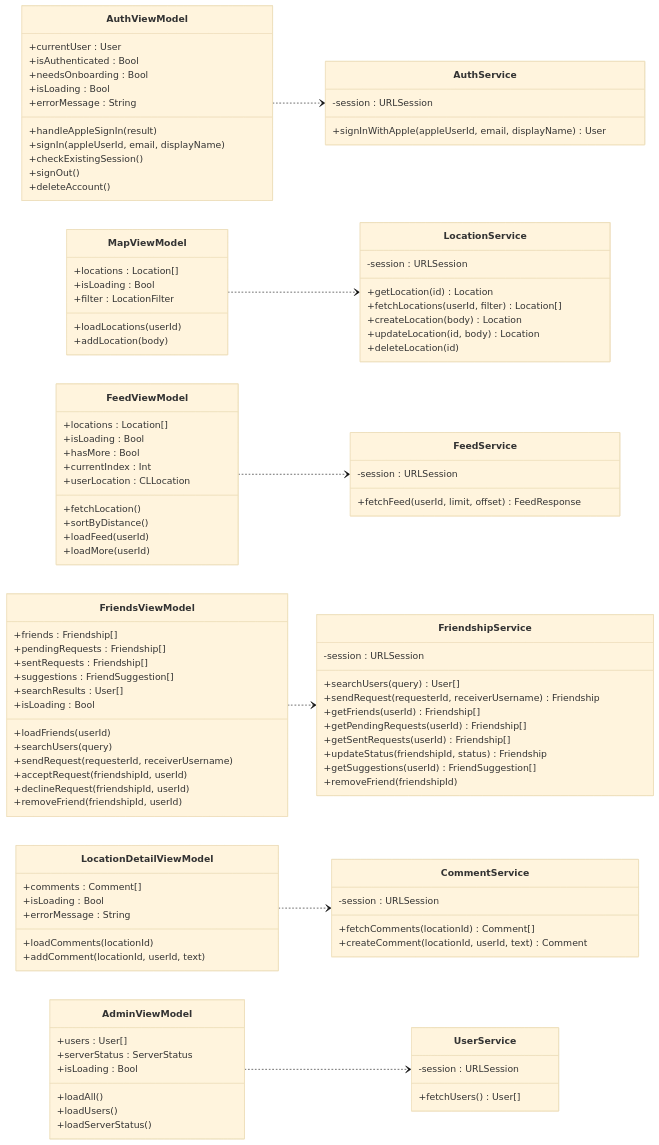
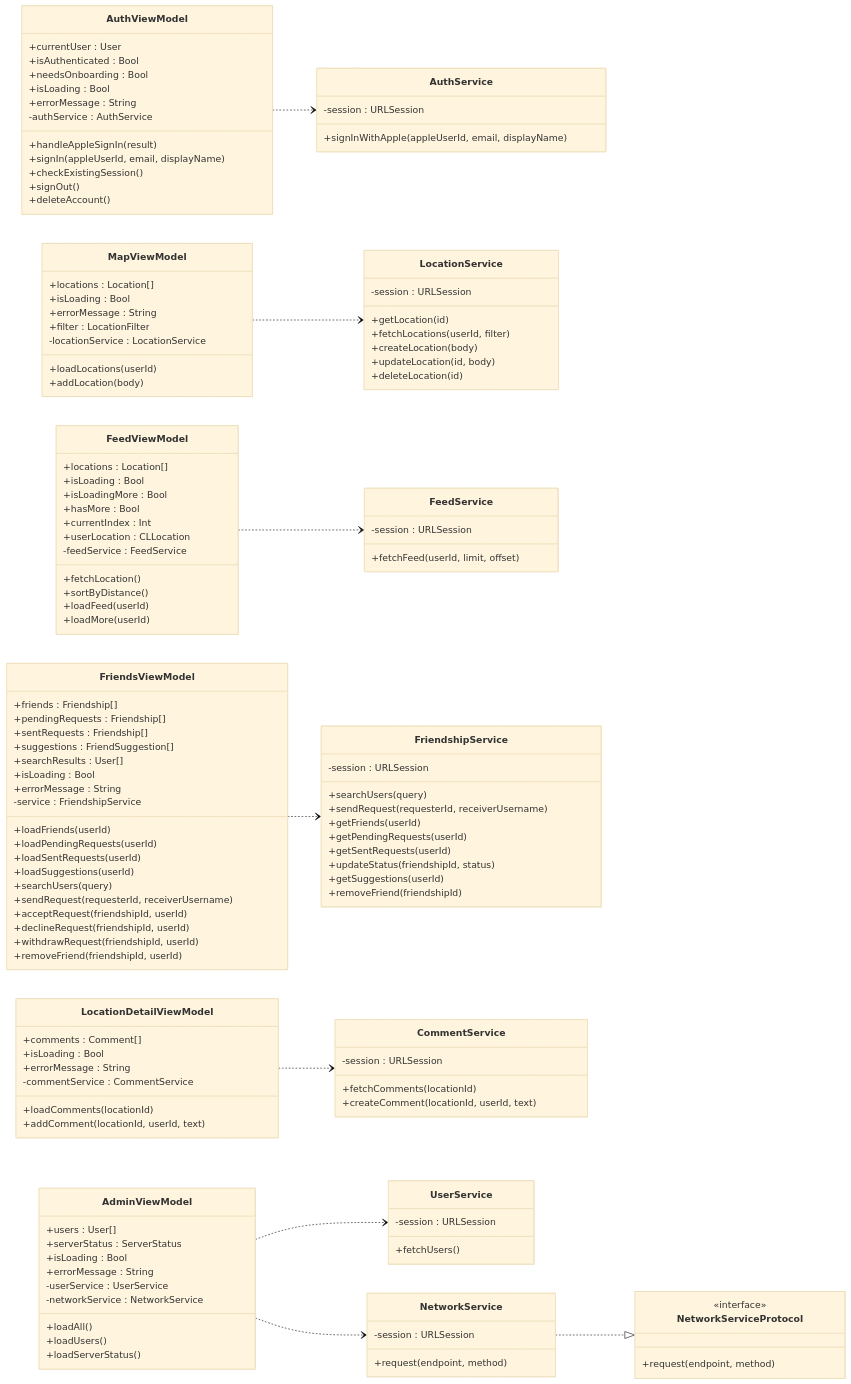
Before and after one commit to Bebin29/sidequest: the first of 3 diagrams in docs/software/klassendiagramm.md, drawn with Mermaid (base theme). The commit also changed other lines of this file and 14 other files, not shown here.

Commit message:
refactor: Remove dead code, add UML diagrams (class, use-case, sequence)

````diff
--- a/docs/software/klassendiagramm.md
+++ b/docs/software/klassendiagramm.md
@@ -203,6 +12,7 @@
         +needsOnboarding : Bool
         +isLoading : Bool
         +errorMessage : String
+        -authService : AuthService
         +handleAppleSignIn(result)
         +signIn(appleUserId, email, displayName)
         +checkExistingSession()
@@ -212,32 +22,36 @@
 
     class AuthService {
         -session : URLSession
-        +signInWithApple(appleUserId, email, displayName) User
+        +signInWithApple(appleUserId, email, displayName)
     }
 
     class MapViewModel {
         +locations : Location[]
         +isLoading : Bool
+        +errorMessage : String
         +filter : LocationFilter
+        -locationService : LocationService
         +loadLocations(userId)
         +addLocation(body)
     }
 
     class LocationService {
         -session : URLSession
-        +getLocation(id) Location
-        +fetchLocations(userId, filter) Location[]
-        +createLocation(body) Location
-        +updateLocation(id, body) Location
+        +getLocation(id)
+        +fetchLocations(userId, filter)
+        +createLocation(body)
+        +updateLocation(id, body)
         +deleteLocation(id)
     }
 
     class FeedViewModel {
         +locations : Location[]
         +isLoading : Bool
+        +isLoadingMore : Bool
         +hasMore : Bool
         +currentIndex : Int
         +userLocation : CLLocation
+        -feedService : FeedService
         +fetchLocation()
         +sortByDistance()
         +loadFeed(userId)
@@ -246,7 +60,7 @@
 
     class FeedService {
         -session : URLSession
-        +fetchFeed(userId, limit, offset) FeedResponse
+        +fetchFeed(userId, limit, offset)
     }
 
     class FriendsViewModel {
@@ -256,23 +70,29 @@
         +suggestions : FriendSuggestion[]
         +searchResults : User[]
         +isLoading : Bool
+        +errorMessage : String
+        -service : FriendshipService
         +loadFriends(userId)
+        +loadPendingRequests(userId)
+        +loadSentRequests(userId)
+        +loadSuggestions(userId)
         +searchUsers(query)
         +sendRequest(requesterId, receiverUsername)
         +acceptRequest(friendshipId, userId)
         +declineRequest(friendshipId, userId)
+        +withdrawRequest(friendshipId, userId)
         +removeFriend(friendshipId, userId)
     }
 
     class FriendshipService {
         -session : URLSession
-        +searchUsers(query) User[]
-        +sendRequest(requesterId, receiverUsername) Friendship
-        +getFriends(userId) Friendship[]
-        +getPendingRequests(userId) Friendship[]
-        +getSentRequests(userId) Friendship[]
-        +updateStatus(friendshipId, status) Friendship
-        +getSuggestions(userId) FriendSuggestion[]
+        +searchUsers(query)
+        +sendRequest(requesterId, receiverUsername)
+        +getFriends(userId)
+        +getPendingRequests(userId)
+        +getSentRequests(userId)
+        +updateStatus(friendshipId, status)
+        +getSuggestions(userId)
         +removeFriend(friendshipId)
     }
 
@@ -280,20 +100,24 @@
         +comments : Comment[]
         +isLoading : Bool
         +errorMessage : String
+        -commentService : CommentService
         +loadComments(locationId)
         +addComment(locationId, userId, text)
     }
 
     class CommentService {
         -session : URLSession
-        +fetchComments(locationId) Comment[]
-        +createComment(locationId, userId, text) Comment
+        +fetchComments(locationId)
+        +createComment(locationId, userId, text)
     }
 
     class AdminViewModel {
         +users : User[]
         +serverStatus : ServerStatus
         +isLoading : Bool
+        +errorMessage : String
+        -userService : UserService
+        -networkService : NetworkService
         +loadAll()
         +loadUsers()
         +loadServerStatus()
@@ -301,7 +125,17 @@
 
     class UserService {
         -session : URLSession
-        +fetchUsers() User[]
+        +fetchUsers()
+    }
+
+    class NetworkService {
+        -session : URLSession
+        +request(endpoint, method)
+    }
+
+    class NetworkServiceProtocol {
+        <<interface>>
+        +request(endpoint, method)
     }
 
     AuthViewModel ..> AuthService
@@ -310,4 +144,6 @@
     FriendsViewModel ..> FriendshipService
     LocationDetailViewModel ..> CommentService
     AdminViewModel ..> UserService
+    AdminViewModel ..> NetworkService
+    NetworkService ..|> NetworkServiceProtocol
 ```
````
